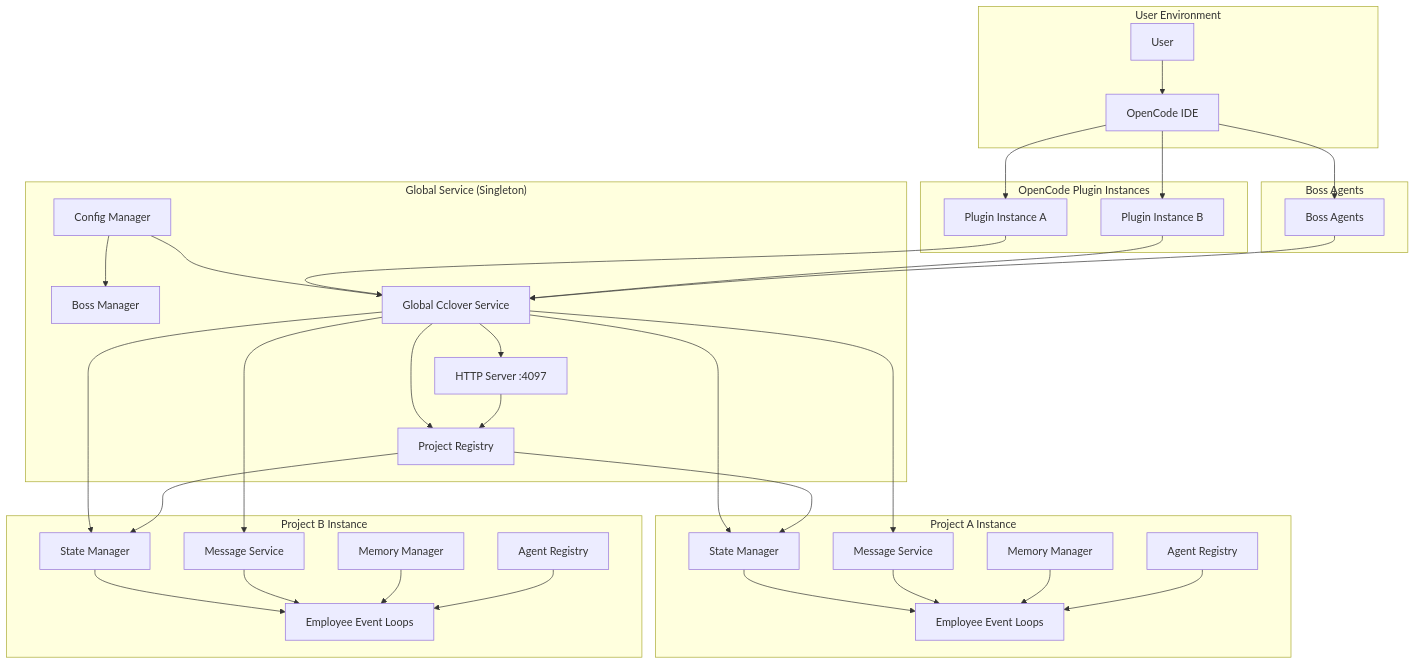
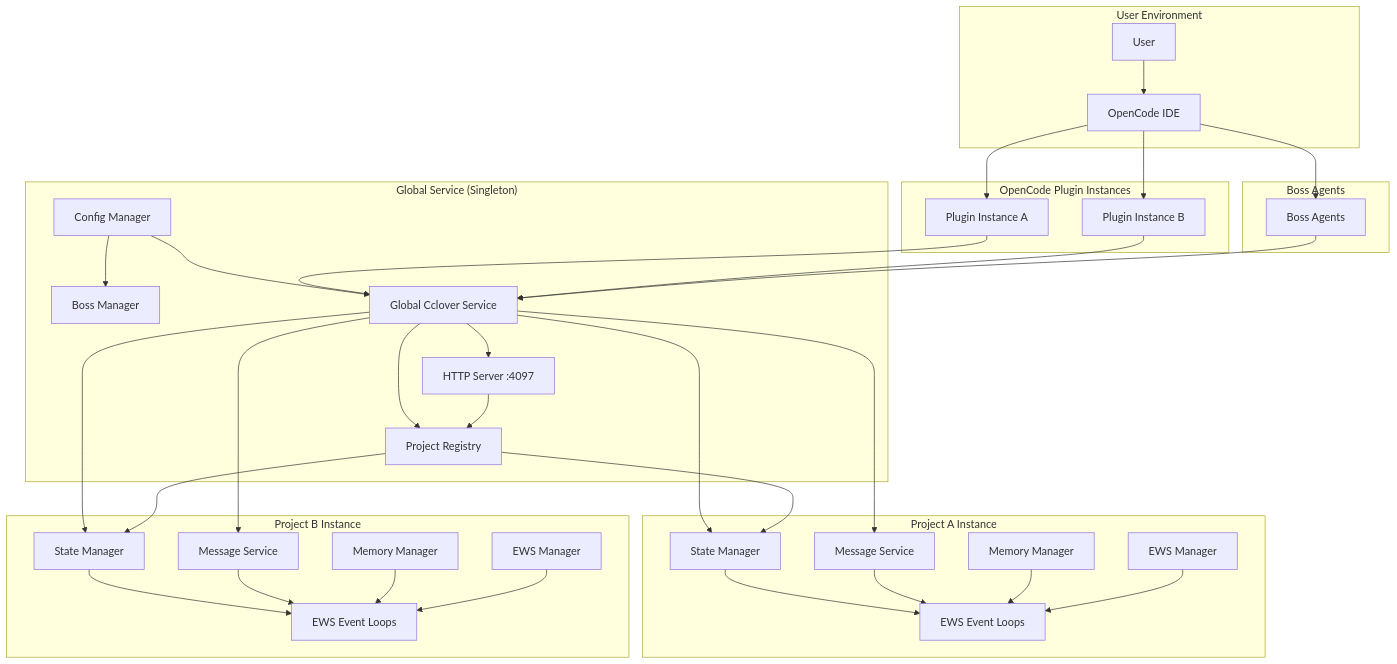
The diagram in docs/architecture.md (fkxxyz/opencode-cclover), drawn with Mermaid before and after one commit. The commit also changed other lines of this file and 179 other files, not shown here.

````diff
--- a/docs/architecture.md
+++ b/docs/architecture.md
@@ -9,73 +11,73 @@
 ```mermaid
 graph TB
     subgraph "User Environment"
         User[User]
         OpenCode[OpenCode IDE]
     end
     
     subgraph "Boss Agents"
         BossAgents[Boss Agents]
     end
     
     subgraph "Global Service (Singleton)"
         Config[Config Manager]
         BossManager[Boss Manager]
         GlobalService[Global Cclover Service]
         ProjectRegistry[Project Registry]
         HTTPServer[HTTP Server :4097]
         
         Config --> GlobalService
         Config --> BossManager
         GlobalService --> ProjectRegistry
         GlobalService --> HTTPServer
     end
     
     subgraph "Project A Instance"
         PA_State[State Manager]
         PA_Msg[Message Service]
         PA_Mem[Memory Manager]
-        PA_Agent[Agent Registry]
-        PA_Emp[Employee Event Loops]
+        PA_EWS[EWS Manager]
+        PA_Emp[EWS Event Loops]
         
         PA_State --> PA_Emp
         PA_Msg --> PA_Emp
         PA_Mem --> PA_Emp
-        PA_Agent --> PA_Emp
+        PA_EWS --> PA_Emp
     end
     
     subgraph "Project B Instance"
         PB_State[State Manager]
         PB_Msg[Message Service]
         PB_Mem[Memory Manager]
-        PB_Agent[Agent Registry]
-        PB_Emp[Employee Event Loops]
+        PB_EWS[EWS Manager]
+        PB_Emp[EWS Event Loops]
         
         PB_State --> PB_Emp
         PB_Msg --> PB_Emp
         PB_Mem --> PB_Emp
-        PB_Agent --> PB_Emp
+        PB_EWS --> PB_Emp
     end
     
     subgraph "OpenCode Plugin Instances"
         PluginA[Plugin Instance A]
         PluginB[Plugin Instance B]
     end
     
     User --> OpenCode
     OpenCode --> PluginA
     OpenCode --> PluginB
     OpenCode --> BossAgents
     
     PluginA --> GlobalService
     PluginB --> GlobalService
     BossAgents --> GlobalService
     
     GlobalService --> PA_Msg
     GlobalService --> PB_Msg
     GlobalService --> PA_State
     GlobalService --> PB_State
     
     HTTPServer --> ProjectRegistry
     ProjectRegistry --> PA_State
     ProjectRegistry --> PB_State
 ```
````
